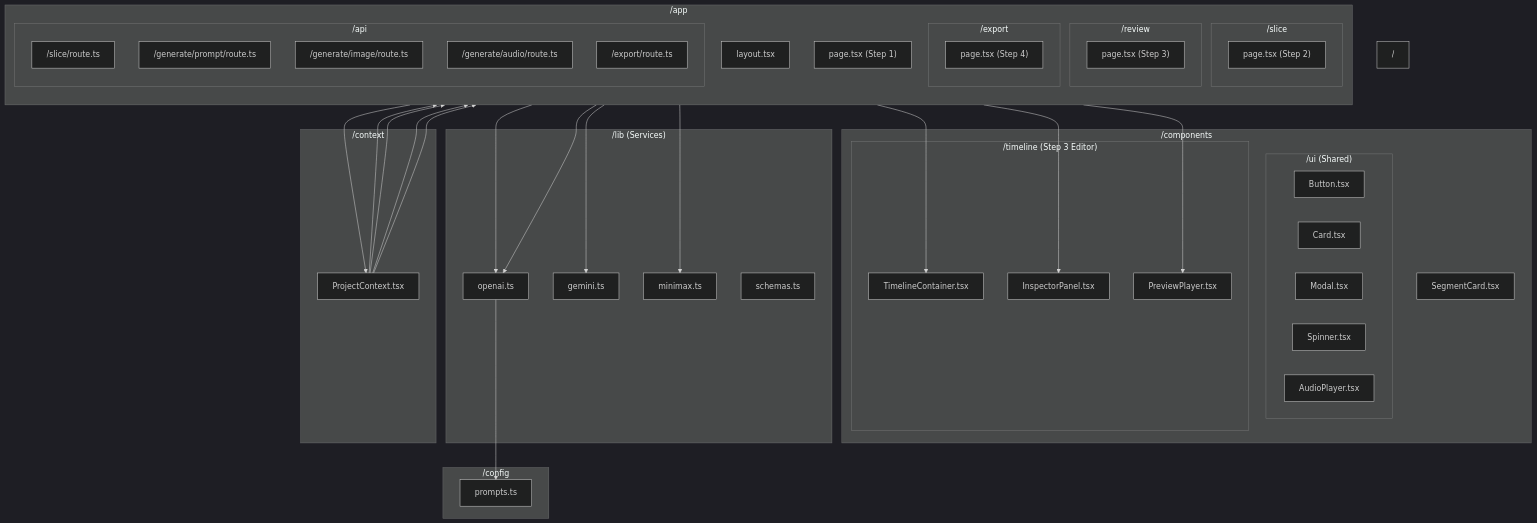
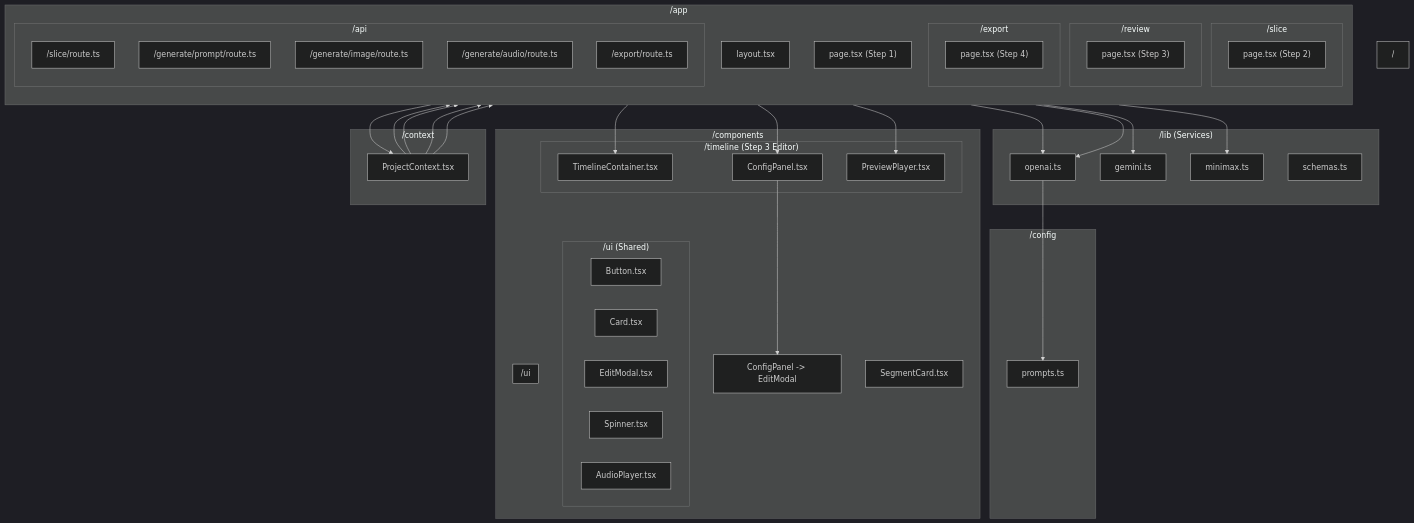
The diagram in CODE_STRUCTURE.md (tomdhyang-byte/content-buddy), drawn with Mermaid (dark theme) before and after one commit. The commit also changed other lines of this file and 18 other files, not shown here.

```diff
--- a/CODE_STRUCTURE.md
+++ b/CODE_STRUCTURE.md
@@ -45,9 +45,15 @@
         
         subgraph TIMELINE ["/timeline (Step 3 Editor)"]
             tl_cont["TimelineContainer.tsx"]
-            tl_insp["InspectorPanel.tsx"]
+            tl_conf["ConfigPanel.tsx"]
             tl_prev["PreviewPlayer.tsx"]
         end
+
+        subgraph SHARED_UI ["/ui"]
+            ui_modal["EditModal.tsx"]
+        end
+        
+        link_conf_modal["ConfigPanel -> EditModal"]
         
         comp_seg["SegmentCard.tsx"]
     end
@@ -76,8 +82,9 @@
     ctx_proj --> p_export
     
     p_review --> tl_cont
-    p_review --> tl_insp
+    p_review --> tl_conf
     p_review --> tl_prev
+    tl_conf --> link_conf_modal
     
     api_slice --> lib_openai
     api_prompt --> lib_openai
```
